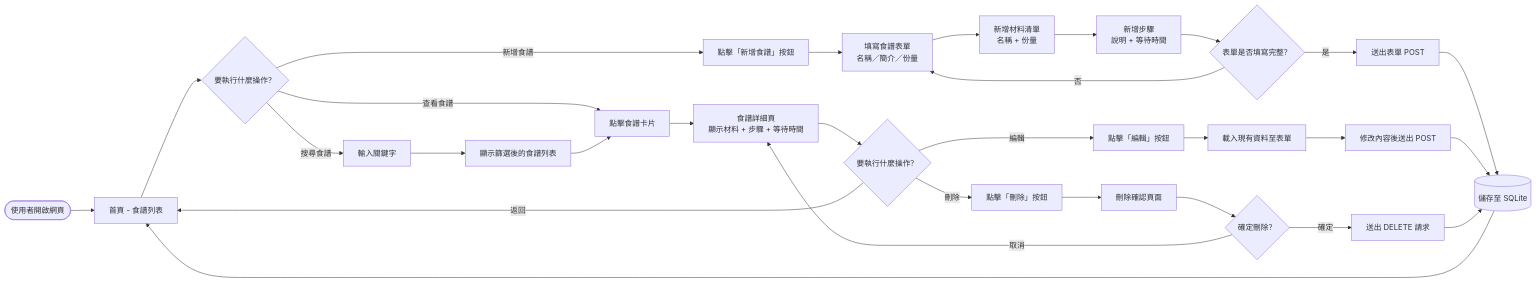
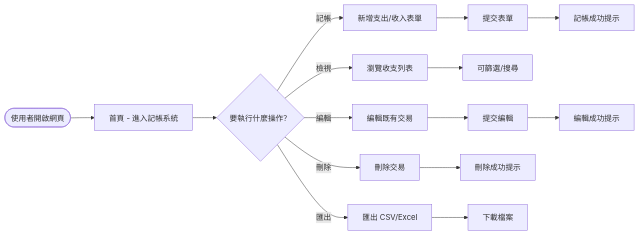
Before and after one commit to d1463704/web_app_development: the first of 2 diagrams in docs/FLOWCHART.md, drawn with Mermaid. The commit also changed other lines of this file and 2 other files, not shown here.

Commit message:
docs: add user flowchart

````diff
--- a/docs/FLOWCHART.md
+++ b/docs/FLOWCHART.md
@@ -7,38 +9,17 @@
 ```mermaid
 flowchart LR
-    A([使用者開啟網頁]) --> B[首頁 - 食譜列表]
-
+    A([使用者開啟網頁]) --> B[首頁 - 進入記帳系統]
     B --> C{要執行什麼操作？}
-
-    C -->|新增食譜| D[點擊「新增食譜」按鈕]
-    D --> E[填寫食譜表單\n名稱／簡介／份量]
-    E --> F[新增材料清單\n名稱 + 份量]
-    F --> G[新增步驟\n說明 + 等待時間]
-    G --> H{表單是否填寫完整？}
-    H -->|否| E
-    H -->|是| I[送出表單 POST]
-    I --> J[(儲存至 SQLite)]
-    J --> B
-
-    C -->|查看食譜| K[點擊食譜卡片]
-    K --> L[食譜詳細頁\n顯示材料 + 步驟 + 等待時間]
-    L --> M{要執行什麼操作？}
-
-    M -->|編輯| N[點擊「編輯」按鈕]
-    N --> O[載入現有資料至表單]
-    O --> P[修改內容後送出 POST]
-    P --> J
-
-    M -->|刪除| Q[點擊「刪除」按鈕]
-    Q --> R[刪除確認頁面]
-    R --> S{確定刪除？}
-    S -->|取消| L
-    S -->|確定| T[送出 DELETE 請求]
-    T --> J
-
-    M -->|返回| B
-
-    C -->|搜尋食譜| U[輸入關鍵字]
-    U --> V[顯示篩選後的食譜列表]
-    V --> K
+    C -->|記帳| D[新增支出/收入表單]
+    D --> E[提交表單]
+    E --> F[記帳成功提示]
+    C -->|檢視| G[瀏覽收支列表]
+    G --> H[可篩選/搜尋]
+    C -->|編輯| I[編輯既有交易]
+    I --> J[提交編輯]
+    J --> K[編輯成功提示]
+    C -->|刪除| L[刪除交易]
+    L --> M[刪除成功提示]
+    C -->|匯出| N[匯出 CSV/Excel]
+    N --> O[下載檔案]
 ```
````
